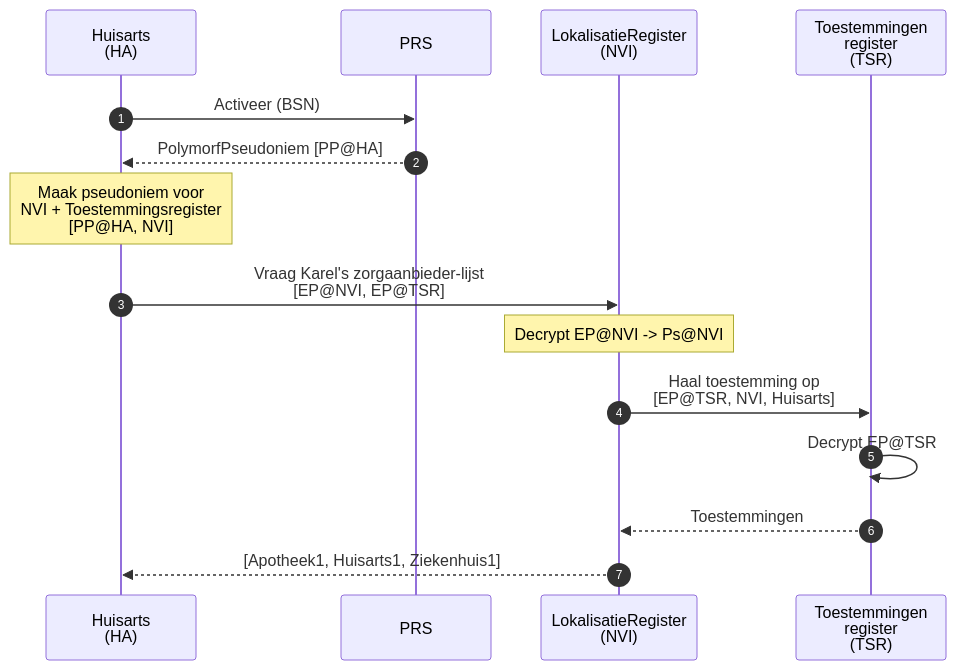
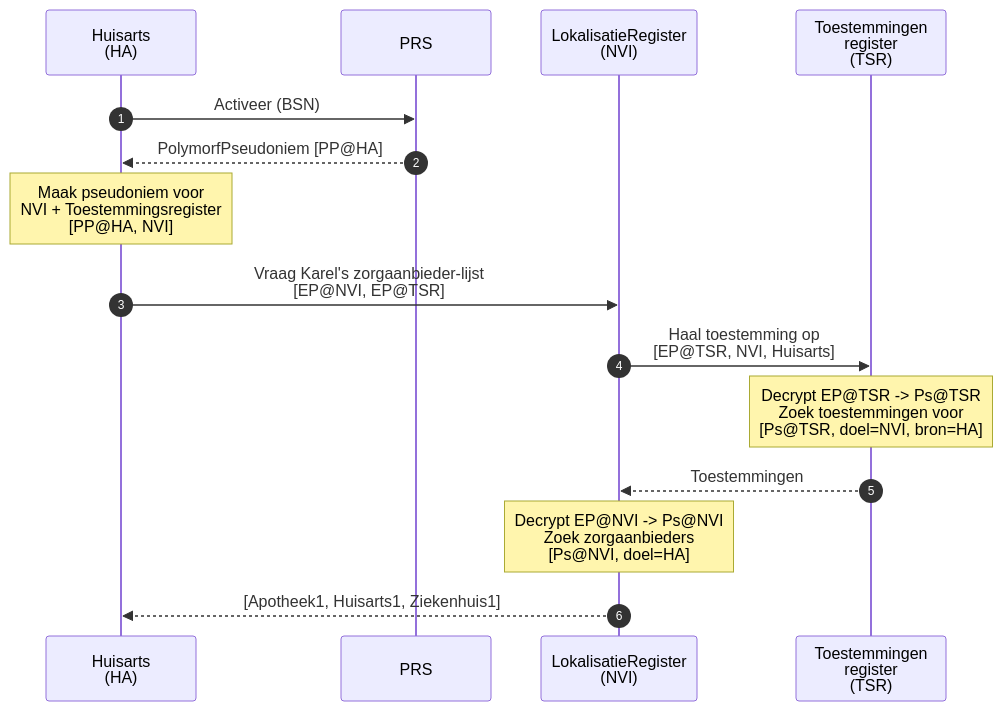
The third of 3 diagrams in docs/docs.md (stevenvegt/pep-go), drawn with Mermaid before and after one commit. The commit also changed other lines of this file, not shown here.

````diff
--- a/docs/docs.md
+++ b/docs/docs.md
@@ -30,21 +60,21 @@
 ```mermaid
 sequenceDiagram
     participant HA as Huisarts<br/> (HA)
     participant PRS as PRS
     participant NVI as LokalisatieRegister<br> (NVI)
     participant TSR as Toestemmingen<br/>register<br/>(TSR)
 
     autonumber
 
     HA ->> PRS: Activeer (BSN)
     PRS -->> HA: PolymorfPseudoniem [PP@HA]
 
 
     note over HA: Maak pseudoniem voor <br/>NVI + Toestemmingsregister<br/>[PP@HA, NVI]
     HA ->> NVI: Vraag Karel's zorgaanbieder-lijst<br/> [EP@NVI, EP@TSR]
-    note over NVI: Decrypt EP@NVI -> Ps@NVI
     NVI ->> TSR: Haal toestemming op<br> [EP@TSR, NVI, Huisarts]
-    TSR ->> TSR: Decrypt EP@TSR
+    note over TSR: Decrypt EP@TSR -> Ps@TSR <br> Zoek toestemmingen voor<br> [Ps@TSR, doel=NVI, bron=HA]
     TSR -->> NVI: Toestemmingen
+    note over NVI: Decrypt EP@NVI -> Ps@NVI<br> Zoek zorgaanbieders<br> [Ps@NVI, doel=HA]
     NVI -->> HA: [Apotheek1, Huisarts1, Ziekenhuis1]
 ```
````
